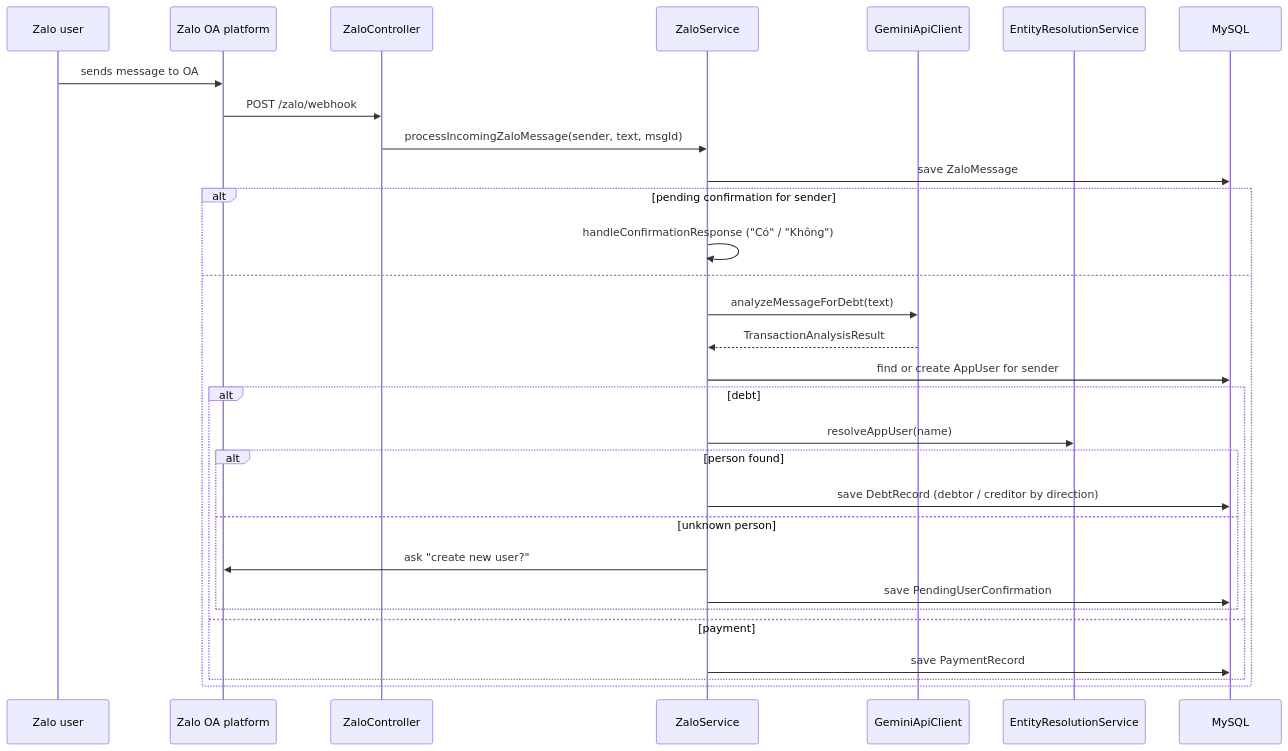
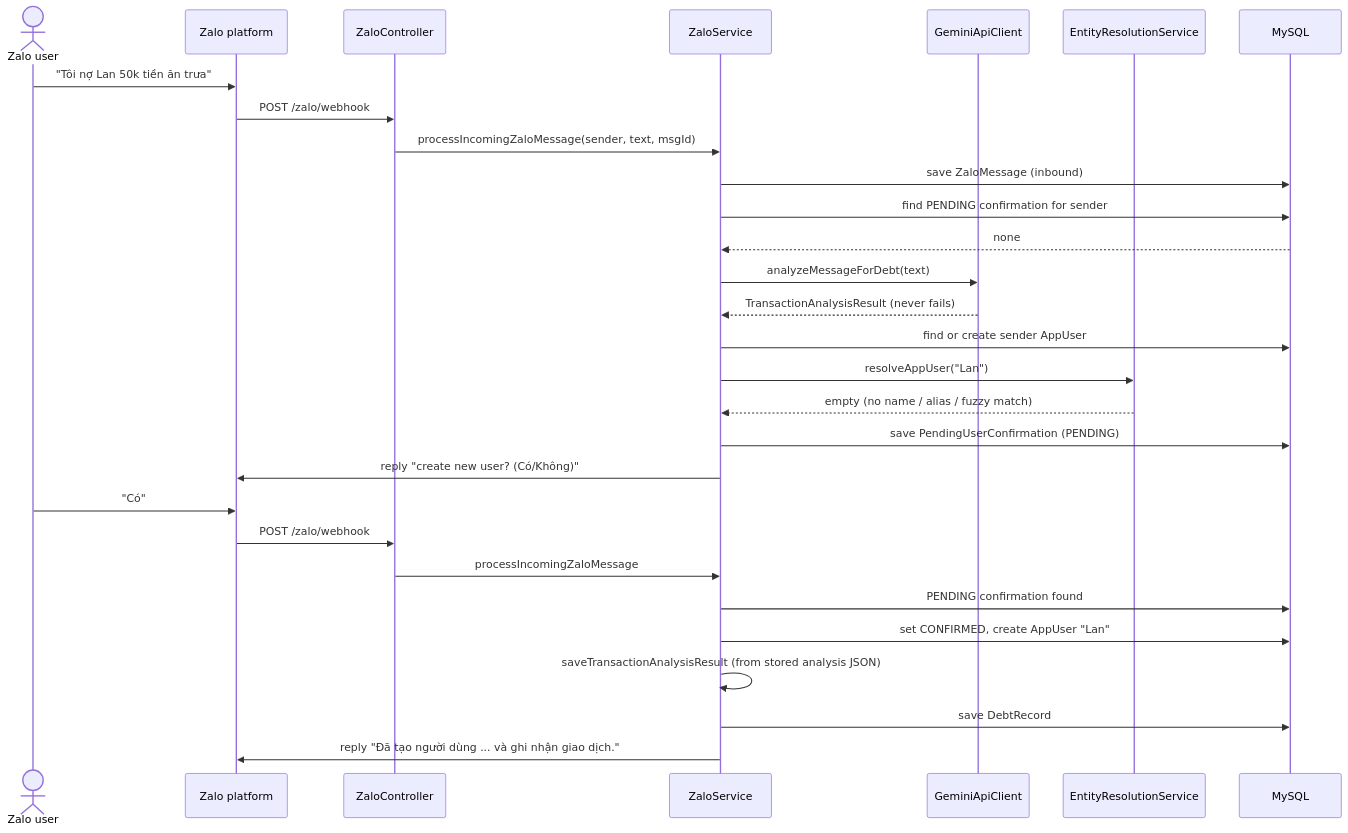
The second of 3 diagrams in README.md (baoloc1993/zalo-debt-bot), drawn with Mermaid before and after one commit. The commit also changed other lines of this file and 3 other files, not shown here.

````diff
--- a/README.md
+++ b/README.md
@@ -61,33 +92,32 @@
 ```mermaid
 sequenceDiagram
-    participant U as Zalo user
-    participant Z as Zalo OA platform
+    actor U as Zalo user
+    participant Z as Zalo platform
     participant C as ZaloController
     participant S as ZaloService
     participant G as GeminiApiClient
     participant R as EntityResolutionService
     participant DB as MySQL
 
-    U->>Z: sends message to OA
+    U->>Z: "Tôi nợ Lan 50k tiền ăn trưa"
     Z->>C: POST /zalo/webhook
     C->>S: processIncomingZaloMessage(sender, text, msgId)
-    S->>DB: save ZaloMessage
-    alt pending confirmation for sender
-        S->>S: handleConfirmationResponse ("Có" / "Không")
-    else
-        S->>G: analyzeMessageForDebt(text)
-        G-->>S: TransactionAnalysisResult
-        S->>DB: find or create AppUser for sender
-        alt debt
-            S->>R: resolveAppUser(name)
-            alt person found
-                S->>DB: save DebtRecord (debtor / creditor by direction)
-            else unknown person
-                S->>Z: ask "create new user?"
-                S->>DB: save PendingUserConfirmation
-            end
-        else payment
-            S->>DB: save PaymentRecord
-        end
-    end
+    S->>DB: save ZaloMessage (inbound)
+    S->>DB: find PENDING confirmation for sender
+    DB-->>S: none
+    S->>G: analyzeMessageForDebt(text)
+    G-->>S: TransactionAnalysisResult (never fails)
+    S->>DB: find or create sender AppUser
+    S->>R: resolveAppUser("Lan")
+    R-->>S: empty (no name / alias / fuzzy match)
+    S->>DB: save PendingUserConfirmation (PENDING)
+    S->>Z: reply "create new user? (Có/Không)"
+    U->>Z: "Có"
+    Z->>C: POST /zalo/webhook
+    C->>S: processIncomingZaloMessage
+    S->>DB: PENDING confirmation found
+    S->>DB: set CONFIRMED, create AppUser "Lan"
+    S->>S: saveTransactionAnalysisResult (from stored analysis JSON)
+    S->>DB: save DebtRecord
+    S->>Z: reply "Đã tạo người dùng ... và ghi nhận giao dịch."
 ```
````
